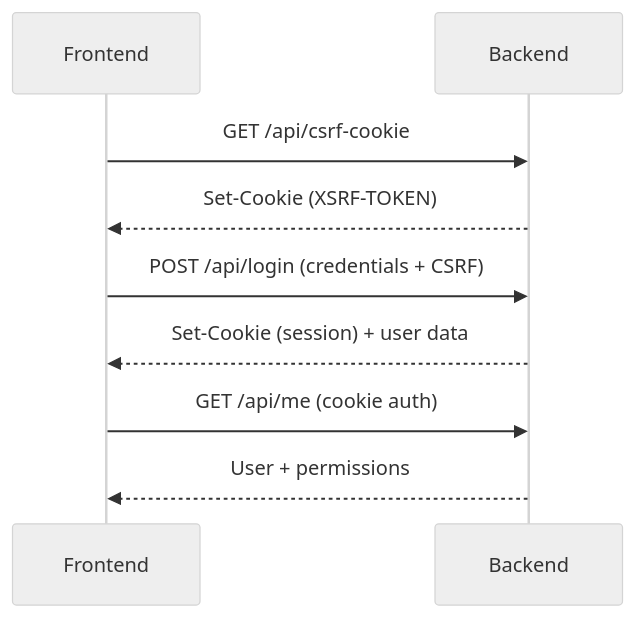
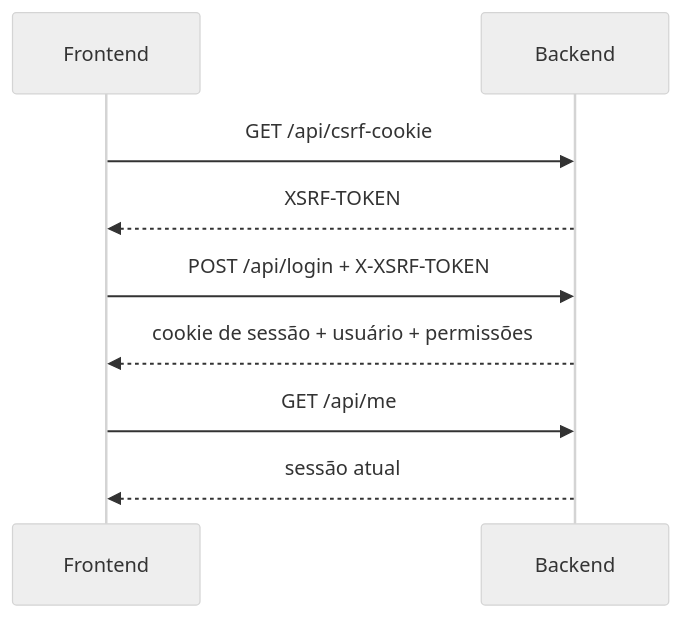
The second of 2 diagrams in README.md (Senavictors/watch-crm), drawn with Mermaid (neutral theme) before and after one commit. The commit also changed other lines of this file and 112 other files, not shown here.

````diff
--- a/README.md
+++ b/README.md
@@ -93,12 +103,12 @@
 ```mermaid
 sequenceDiagram
     participant F as Frontend
     participant B as Backend
 
     F->>B: GET /api/csrf-cookie
-    B-->>F: Set-Cookie (XSRF-TOKEN)
-    F->>B: POST /api/login (credentials + CSRF)
-    B-->>F: Set-Cookie (session) + user data
-    F->>B: GET /api/me (cookie auth)
-    B-->>F: User + permissions
+    B-->>F: XSRF-TOKEN
+    F->>B: POST /api/login + X-XSRF-TOKEN
+    B-->>F: cookie de sessão + usuário + permissões
+    F->>B: GET /api/me
+    B-->>F: sessão atual
 ```
````
